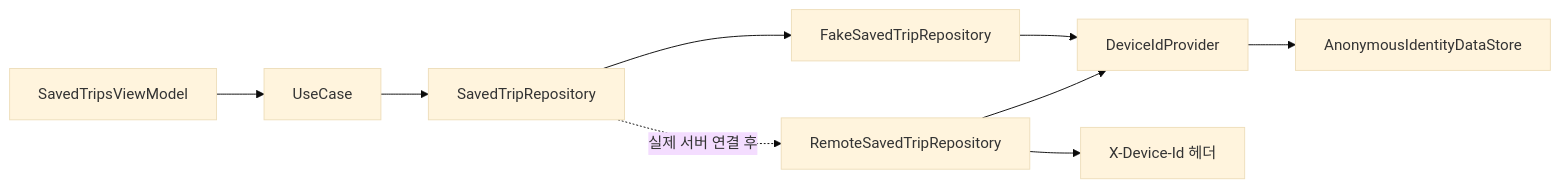
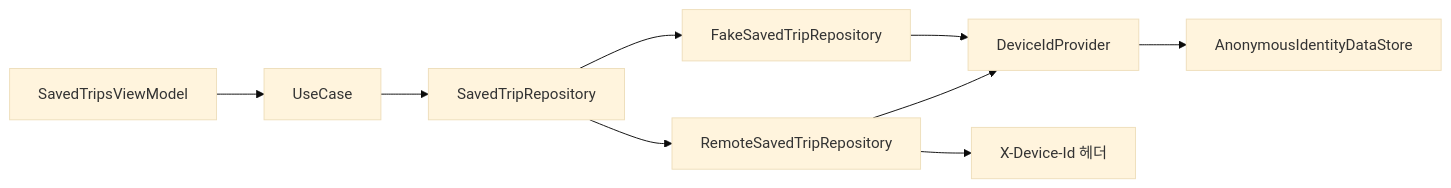
Before and after one commit to SAIRO14/SAIRO-ANDROID: the diagram in docs/intermediate/device-id-provider.md, drawn with Mermaid (base theme). The commit also changed other lines of this file and 3 other files, not shown here.

````diff
--- a/docs/intermediate/device-id-provider.md
+++ b/docs/intermediate/device-id-provider.md
@@ -43,11 +46,11 @@
 ```mermaid
 flowchart LR
     UI[SavedTripsViewModel] --> UC[UseCase]
     UC --> RI[SavedTripRepository]
     RI --> FR[FakeSavedTripRepository]
-    RI -. 실제 서버 연결 후 .-> RR[RemoteSavedTripRepository]
+    RI --> RR[RemoteSavedTripRepository]
     FR --> DP[DeviceIdProvider]
     RR --> DP
     DP --> DS[AnonymousIdentityDataStore]
     RR --> API[X-Device-Id 헤더]
 ```
````
